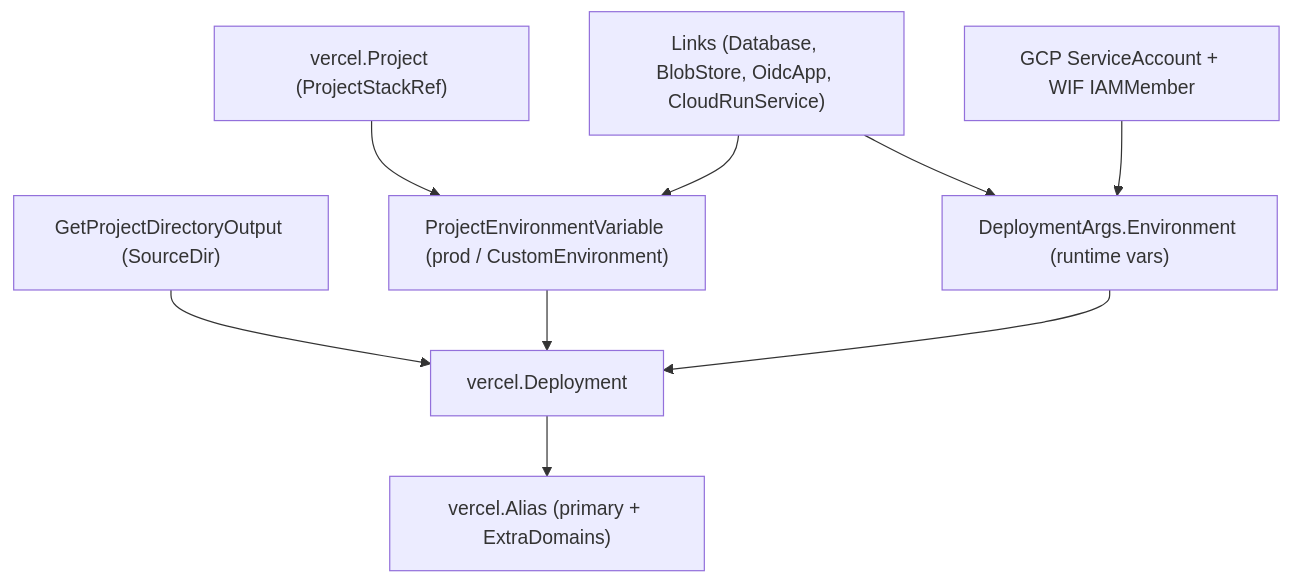
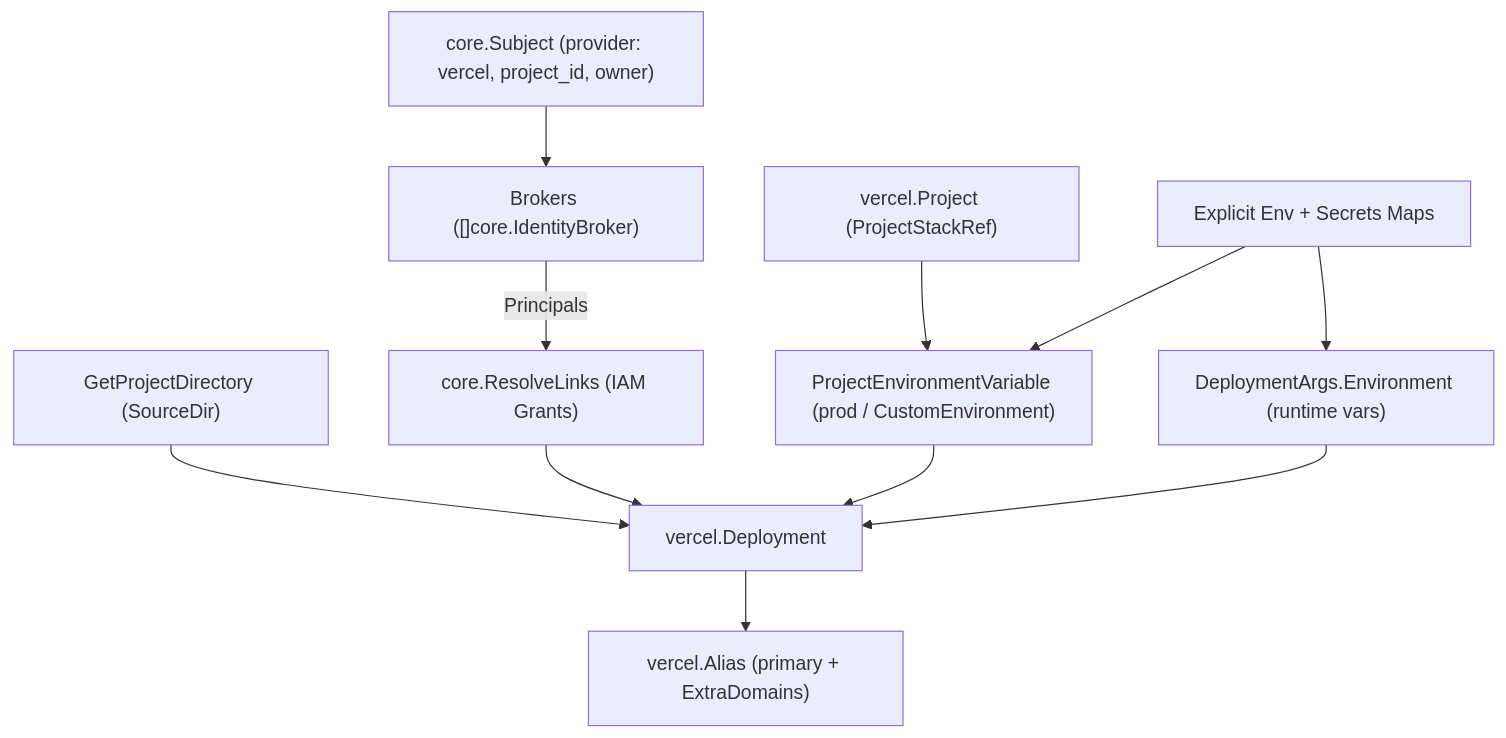
Before and after one commit to cloudvoyant/openbase: the first of 2 diagrams in docs/architecture/providers/vercel/web-app.md, drawn with Mermaid. The commit also changed other lines of this file and 124 other files, not shown here.

First line of the commit message:
feat(components): unify platform, project, and environment scopes

````diff
--- a/docs/architecture/providers/vercel/web-app.md
+++ b/docs/architecture/providers/vercel/web-app.md
@@ -26,11 +26,13 @@
 ```mermaid
 flowchart TD
     Proj["vercel.Project (ProjectStackRef)"] --> Vars["ProjectEnvironmentVariable (prod / CustomEnvironment)"]
-    Links["Links (Database, BlobStore, OidcApp, CloudRunService)"] --> Vars
-    Links --> DepEnv["DeploymentArgs.Environment (runtime vars)"]
-    Dir["GetProjectDirectoryOutput (SourceDir)"] --> Dep["vercel.Deployment"]
+    Sub["core.Subject (provider: vercel, project_id, owner)"] --> Brokers["Brokers ([]core.IdentityBroker)"]
+    Brokers -->|"Principals"| Links["core.ResolveLinks (IAM Grants)"]
+    CallerEnv["Explicit Env + Secrets Maps"] --> Vars
+    CallerEnv --> DepEnv["DeploymentArgs.Environment (runtime vars)"]
+    Dir["GetProjectDirectory (SourceDir)"] --> Dep["vercel.Deployment"]
+    Links --> Dep
     Vars --> Dep
     DepEnv --> Dep
     Dep --> Alias["vercel.Alias (primary + ExtraDomains)"]
-    WIF["GCP ServiceAccount + WIF IAMMember"] --> DepEnv
 ```
````
